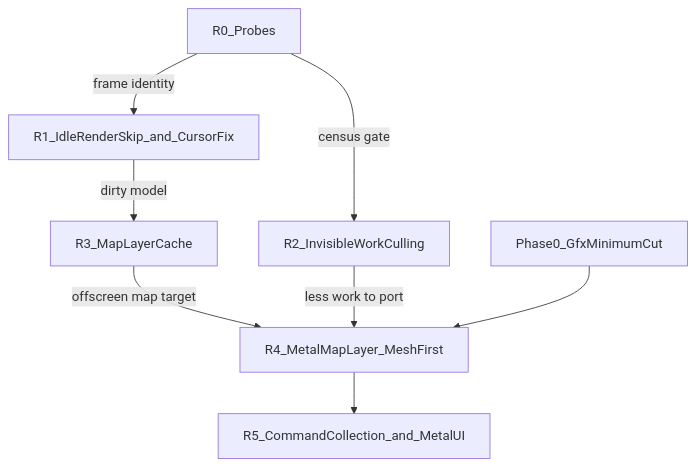
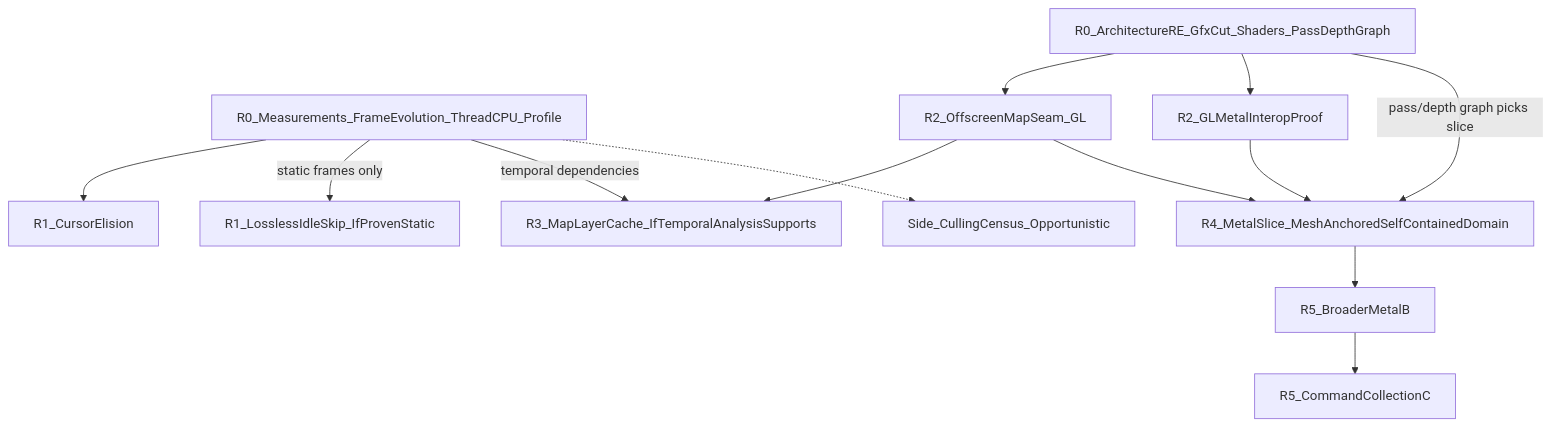
Before and after one commit to HagbardCel/eu4-mac-perf: the diagram in docs/eu4_recommended_strategy.md, drawn with Mermaid. The commit also changed other lines of this file and 2 other files, not shown here.

First line of the commit message:
Revise recommended strategy per review: conditional idle skip, seam vs cache, parallel architecture RE.

````diff
--- a/docs/eu4_recommended_strategy.md
+++ b/docs/eu4_recommended_strategy.md
@@ -42,10 +46,27 @@
 ```mermaid
 flowchart TD
-    R0[R0_Probes] -->|"frame identity"| R1[R1_IdleRenderSkip_and_CursorFix]
-    R0 -->|"census gate"| R2[R2_InvisibleWorkCulling]
-    R1 -->|"dirty model"| R3[R3_MapLayerCache]
-    R3 -->|"offscreen map target"| R4[R4_MetalMapLayer_MeshFirst]
-    R2 -->|"less work to port"| R4
-    P0[Phase0_GfxMinimumCut] --> R4
-    R4 --> R5[R5_CommandCollection_and_MetalUI]
+    R0m[R0_Measurements_FrameEvolution_ThreadCPU_Profile]
+    R0a[R0_ArchitectureRE_GfxCut_Shaders_PassDepthGraph]
+    Cursor[R1_CursorElision]
+    Skip[R1_LosslessIdleSkip_IfProvenStatic]
+    Seam[R2_OffscreenMapSeam_GL]
+    Interop[R2_GLMetalInteropProof]
+    Cache[R3_MapLayerCache_IfTemporalAnalysisSupports]
+    Slice[R4_MetalSlice_MeshAnchoredSelfContainedDomain]
+    B[R5_BroaderMetalB]
+    C[R5_CommandCollectionC]
+    Cull[Side_CullingCensus_Opportunistic]
+
+    R0m --> Cursor
+    R0m -->|"static frames only"| Skip
+    R0m -->|"temporal dependencies"| Cache
+    R0a --> Seam
+    R0a --> Interop
+    Seam --> Cache
+    Seam --> Slice
+    Interop --> Slice
+    R0a -->|"pass/depth graph picks slice"| Slice
+    Slice --> B
+    B --> C
+    R0m -.-> Cull
 ```
````
